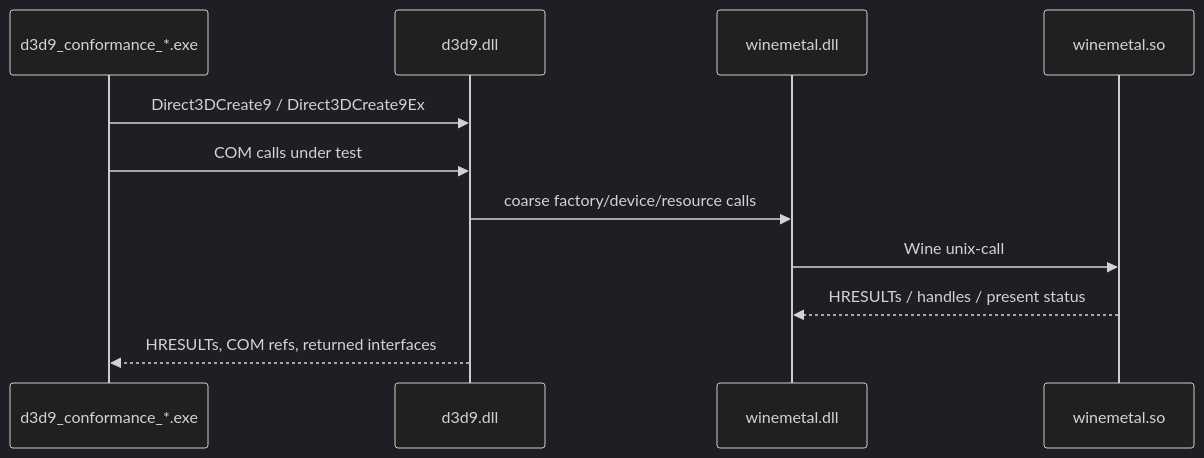
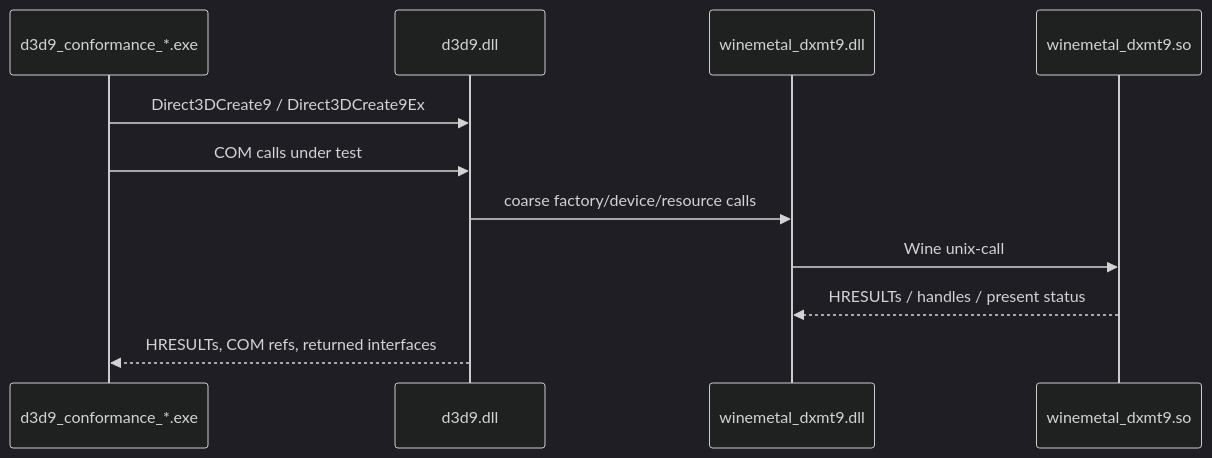
Before and after one commit to dfdgsdfg/dxmt9: the seventh of 8 diagrams in specs/tests/spec.md, drawn with Mermaid (dark theme). The commit also changed other lines of this file and 64 other files, not shown here.

````diff
--- a/specs/tests/spec.md
+++ b/specs/tests/spec.md
@@ -635,14 +635,14 @@
 ```mermaid
 sequenceDiagram
     participant Test as d3d9_conformance_*.exe
     participant D3D as d3d9.dll
-    participant Bridge as winemetal.dll
-    participant Unix as winemetal.so
+    participant Bridge as winemetal_dxmt9.dll
+    participant Unix as winemetal_dxmt9.so
 
     Test->>D3D: Direct3DCreate9 / Direct3DCreate9Ex
     Test->>D3D: COM calls under test
     D3D->>Bridge: coarse factory/device/resource calls
     Bridge->>Unix: Wine unix-call
     Unix-->>Bridge: HRESULTs / handles / present status
     D3D-->>Test: HRESULTs, COM refs, returned interfaces
 ```
````
